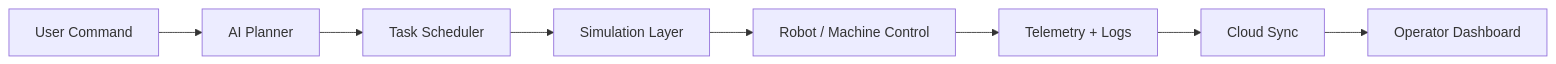
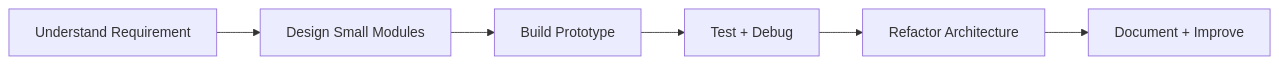
One commit to kazuha-alice/kazuha-alice changed the diagram in README.md. Above: the diagram before and after it, drawn with Mermaid. The commit also changed other lines of this file, not shown here.

````diff
--- a/README.md
+++ b/README.md
@@ -132,10 +151,8 @@
 ```mermaid
 flowchart LR
-    A[User Command] --> B[AI Planner]
-    B --> C[Task Scheduler]
-    C --> D[Simulation Layer]
-    D --> E[Robot / Machine Control]
-    E --> F[Telemetry + Logs]
-    F --> G[Cloud Sync]
-    G --> H[Operator Dashboard]
+    A[Understand Requirement] --> B[Design Small Modules]
+    B --> C[Build Prototype]
+    C --> D[Test + Debug]
+    D --> E[Refactor Architecture]
+    E --> F[Document + Improve]
 ```
````
